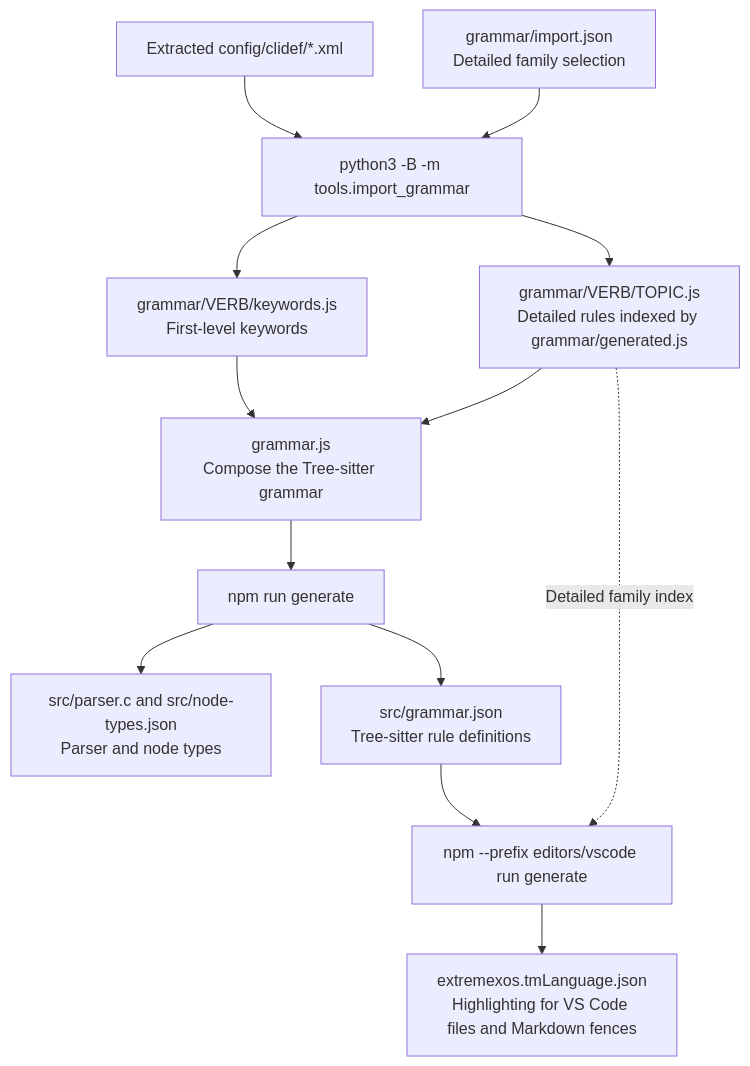
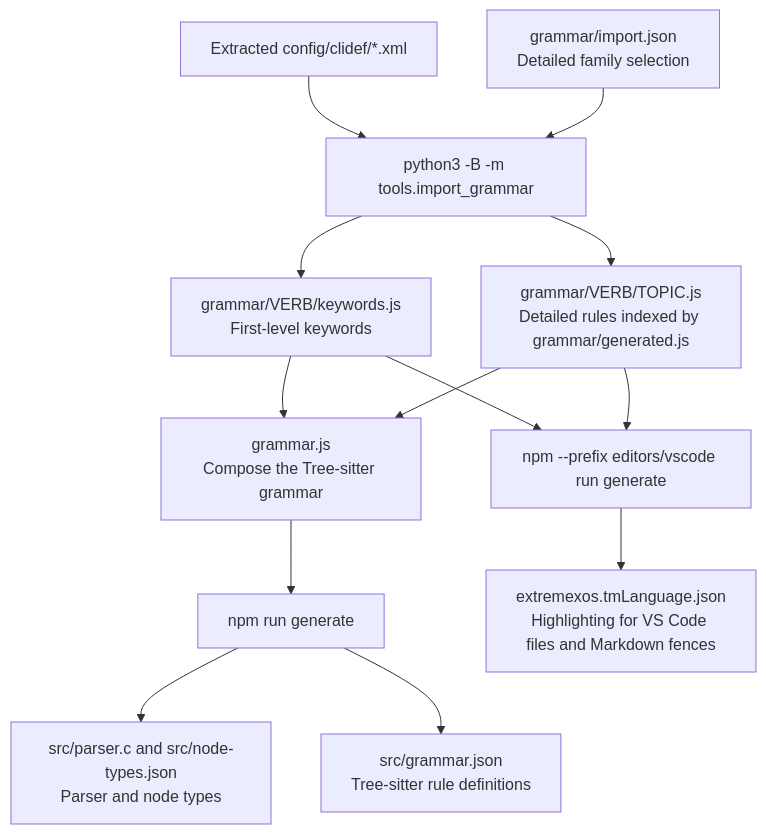
One commit to aaronaxvig/tree-sitter-extremexos changed the diagram in README.md. Above: the diagram before and after it, drawn with Mermaid. The commit also changed other lines of this file and 6 other files, not shown here.

````diff
--- a/README.md
+++ b/README.md
@@ -46,15 +46,15 @@
 ```mermaid
 flowchart TD
     XML["Extracted config/clidef/*.xml"] --> Import["python3 -B -m tools.import_grammar"]
     Config["grammar/import.json<br/>Detailed family selection"] --> Import
     Import --> Keywords["grammar/VERB/keywords.js<br/>First-level keywords"]
     Import --> Details["grammar/VERB/TOPIC.js<br/>Detailed rules indexed by grammar/generated.js"]
     Keywords --> Grammar["grammar.js<br/>Compose the Tree-sitter grammar"]
     Details --> Grammar
     Grammar --> Generate["npm run generate"]
     Generate --> Parser["src/parser.c and src/node-types.json<br/>Parser and node types"]
     Generate --> Rules["src/grammar.json<br/>Tree-sitter rule definitions"]
-    Rules --> Editor["npm --prefix editors/vscode run generate"]
-    Details -.->|Detailed family index| Editor
+    Keywords --> Editor["npm --prefix editors/vscode run generate"]
+    Details --> Editor
     Editor --> TextMate["extremexos.tmLanguage.json<br/>Highlighting for VS Code files and Markdown fences"]
 ```
````
